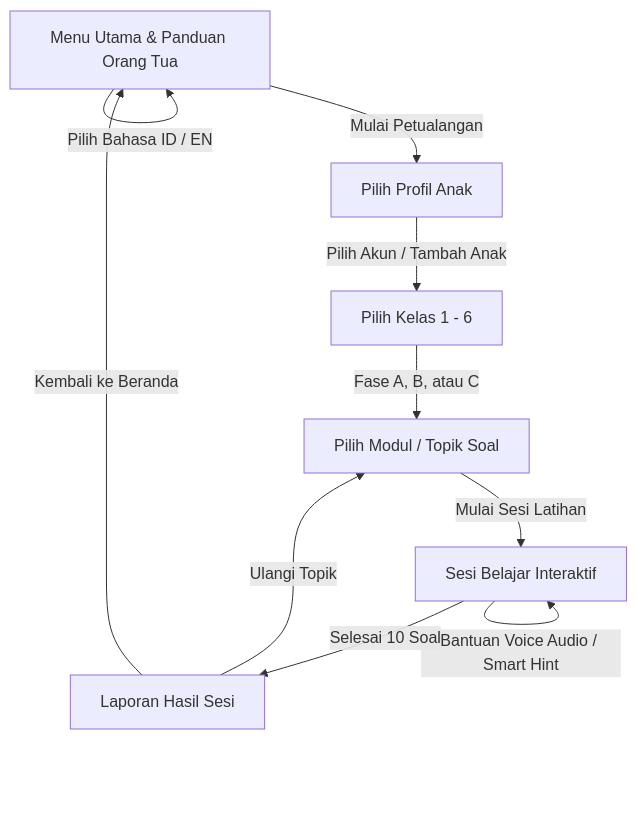
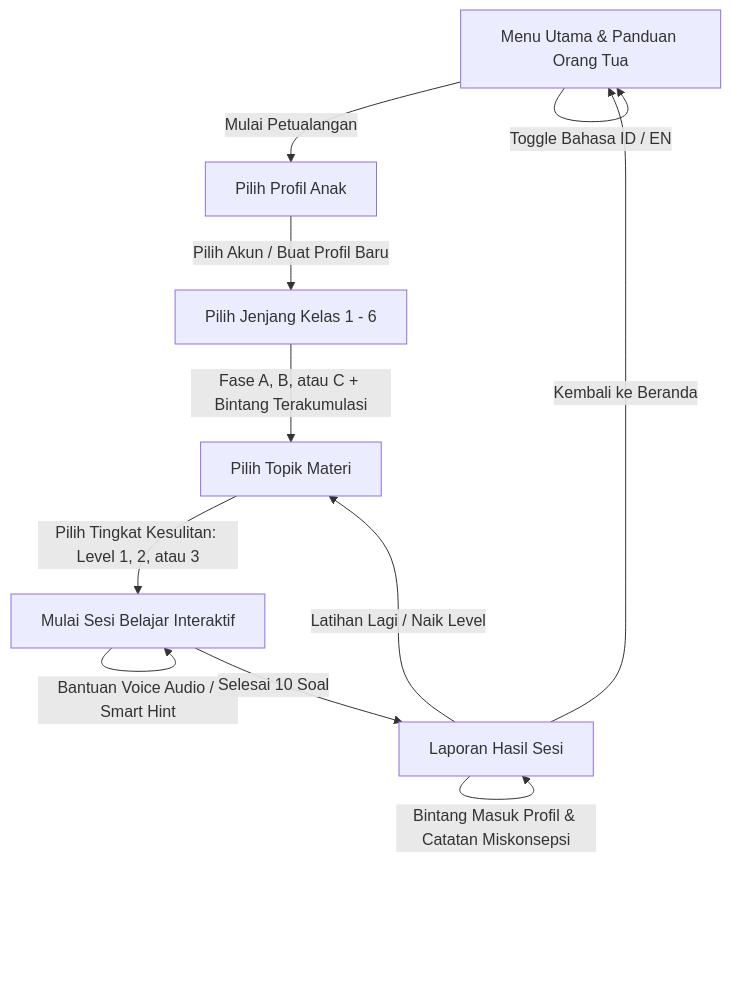
One commit to SMJ-205/my-math-journey changed the diagram in README.md. Above: the diagram before and after it, drawn with Mermaid. The commit also changed other lines of this file and 1 other file, not shown here.

````diff
--- a/README.md
+++ b/README.md
@@ -39,13 +60,14 @@
 ```mermaid
 graph TD
-    A[Menu Utama & Panduan Orang Tua] -->|Pilih Bahasa ID / EN| A
+    A[Menu Utama & Panduan Orang Tua] -->|Toggle Bahasa ID / EN| A
     A -->|Mulai Petualangan| B[Pilih Profil Anak]
-    B -->|Pilih Akun / Tambah Anak| C[Pilih Kelas 1 - 6]
-    C -->|Fase A, B, atau C| D[Pilih Modul / Topik Soal]
-    D -->|Mulai Sesi Latihan| E[Sesi Belajar Interaktif]
-    E -->|Simulator + Mini Numberpad| E
+    B -->|Pilih Akun / Buat Profil Baru| C[Pilih Jenjang Kelas 1 - 6]
+    C -->|Fase A, B, atau C + Bintang Terakumulasi| D[Pilih Topik Materi]
+    D -->|Pilih Tingkat Kesulitan: Level 1, 2, atau 3| E[Mulai Sesi Belajar Interaktif]
+    E -->|10 Soal Acak Prosedural + Simulator| E
     E -->|Bantuan Voice Audio / Smart Hint| E
     E -->|Selesai 10 Soal| F[Laporan Hasil Sesi]
-    F -->|Ulangi Topik| D
+    F -->|Bintang Masuk Profil & Catatan Miskonsepsi| F
+    F -->|Latihan Lagi / Naik Level| D
     F -->|Kembali ke Beranda| A
 ```
````
